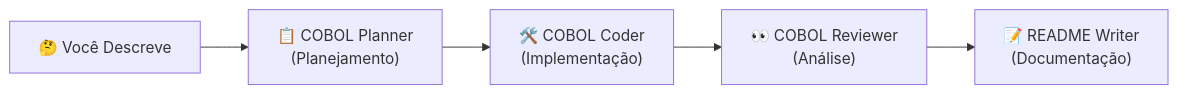
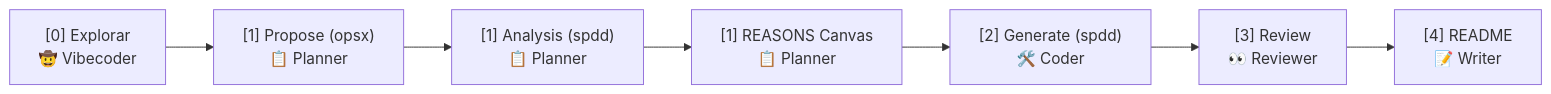
Before and after one commit to emilianoeloi/cowboy: the diagram in .github/skills/vibe-coding-fundamentals/SKILL.md, drawn with Mermaid. The commit also changed other lines of this file and 31 other files, not shown here.

````diff
--- a/.github/skills/vibe-coding-fundamentals/SKILL.md
+++ b/.github/skills/vibe-coding-fundamentals/SKILL.md
@@ -186,13 +192,17 @@
 ```mermaid
 graph LR
-    A["🤔 Você Descreve"]
-    B["📋 COBOL Planner<br/>(Planejamento)"]
-    C["🛠️ COBOL Coder<br/>(Implementação)"]
-    D["👀 COBOL Reviewer<br/>(Análise)"]
-    E["📝 README Writer<br/>(Documentação)"]
-    
+    A["[0] Explorar<br/>🤠 Vibecoder"]
+    B["[1] Propose (opsx)<br/>📋 Planner"]
+    C["[1] Analysis (spdd)<br/>📋 Planner"]
+    D["[1] REASONS Canvas<br/>📋 Planner"]
+    E["[2] Generate (spdd)<br/>🛠️ Coder"]
+    F["[3] Review<br/>👀 Reviewer"]
+    G["[4] README<br/>📝 Writer"]
+
     A --> B
     B --> C
     C --> D
     D --> E
+    E --> F
+    F --> G
 ```
````
